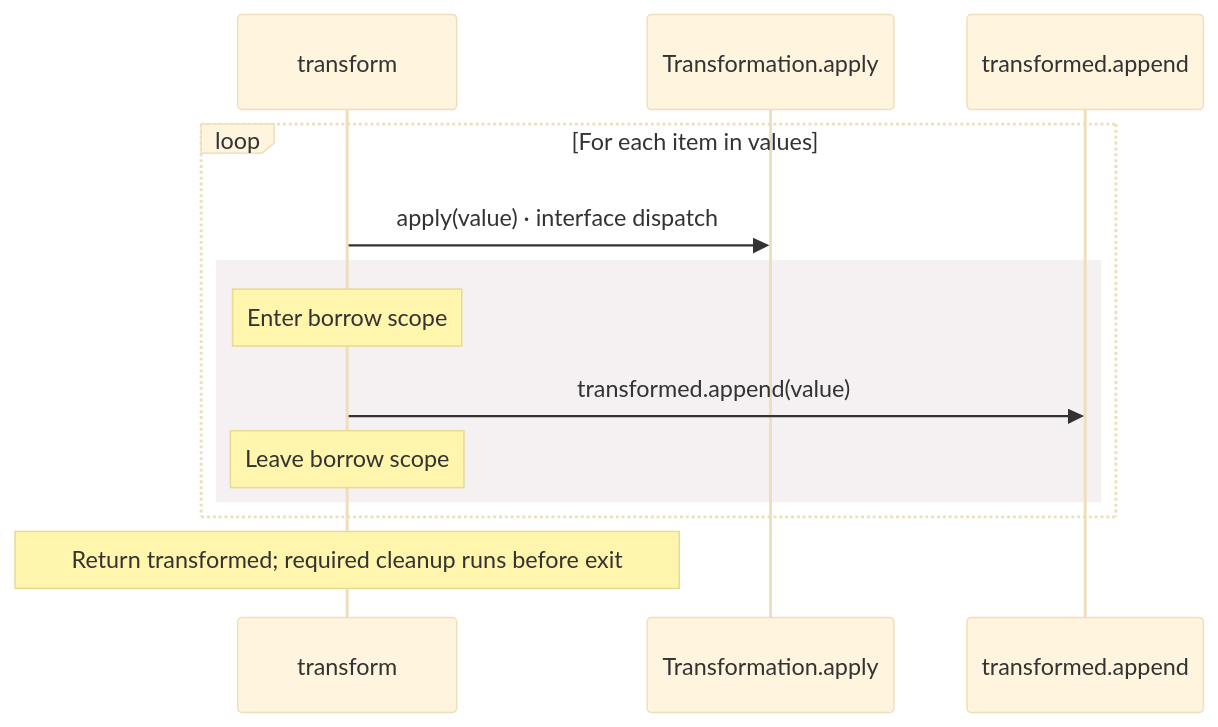
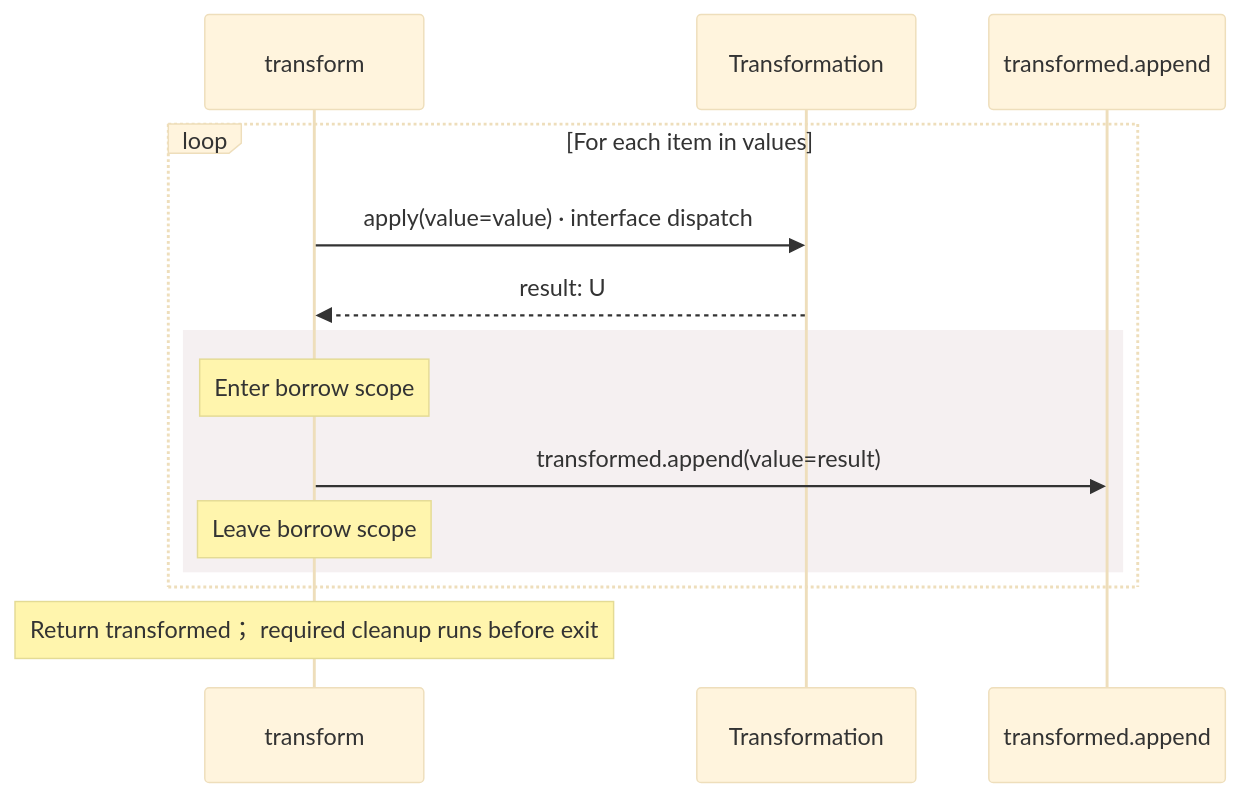
Before and after one commit to GreenPandaStudios/augscript: the fourth of 12 diagrams in src/stdlib/collections/operations.aug.diagrams.md, drawn with Mermaid (base theme). The commit also changed other lines of this file and 524 other files, not shown here.

Commit message:
Explain checked data flow at folder and service levels

````diff
--- a/src/stdlib/collections/operations.aug.diagrams.md
+++ b/src/stdlib/collections/operations.aug.diagrams.md
@@ -155,15 +137,16 @@
 ```mermaid
 sequenceDiagram
     participant p0 as transform
-    participant p1 as Transformation.apply
+    participant p1 as Transformation
     participant p2 as transformed.append
     loop For each item in values
-    p0->>p1: apply(value) · interface dispatch
+    p0->>p1: apply(value=value) · interface dispatch
+    p1-->>p0: result: U
     rect rgb(245, 240, 241)
     Note over p0: Enter borrow scope
-    p0->>p2: transformed.append(value)
+    p0->>p2: transformed.append(value=result)
     Note over p0: Leave borrow scope
     end
     end
-    Note over p0: Return transformed#59; required cleanup runs before exit
+    Note over p0: Return transformed； required cleanup runs before exit
 ```
````
